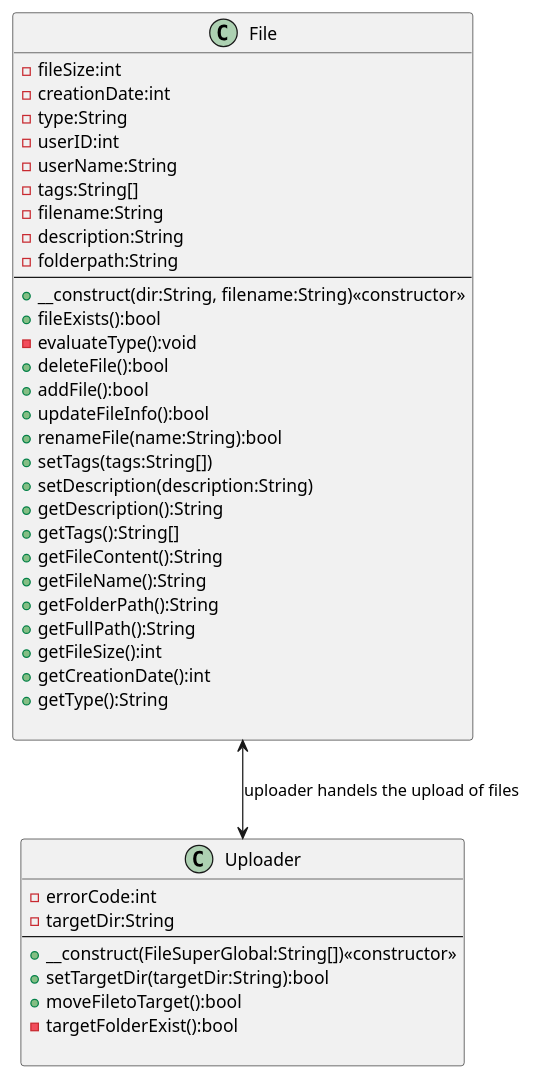
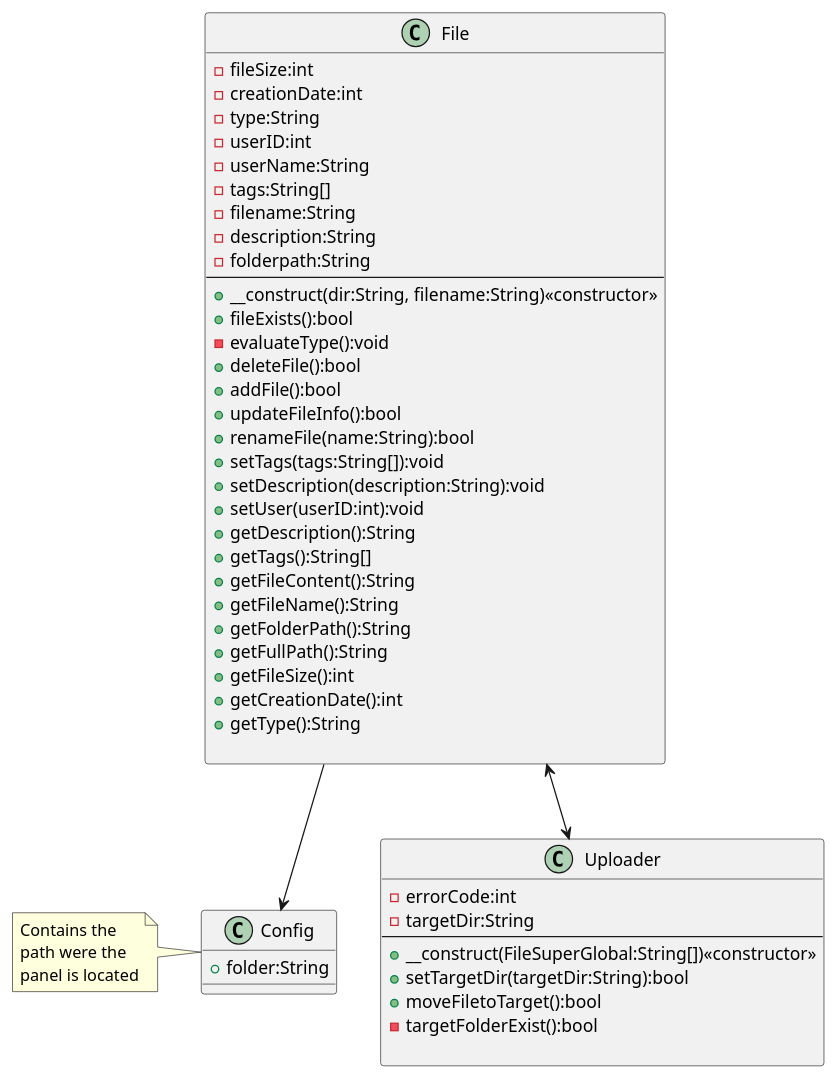
One commit to Maytastico/macaronipanel-development changed the diagram in file.wsd. Above: the diagram before and after it, drawn with PlantUML. The commit also changed 2 other files, not shown here.

```diff
--- a/file.wsd
+++ b/file.wsd
@@ -1,45 +1,57 @@
 @startuml
-    File <--> Uploader: uploader handels the upload of files
+    File <--> Uploader
+    File --> Config
     class File{
         -fileSize:int
         -creationDate:int
         -type:String
         -userID:int
         -userName:String
         -tags:String[]
         -filename:String
         -description:String
         -folderpath:String
         --
         +__construct(dir:String, filename:String)<<constructor>>
         +fileExists():bool
         -evaluateType():void
         +deleteFile():bool
         +addFile():bool
         +updateFileInfo():bool
         +renameFile(name:String):bool
-        +setTags(tags:String[])
-        +setDescription(description:String)
+        +setTags(tags:String[]):void
+        +setDescription(description:String):void
+        +setUser(userID:int):void
         +getDescription():String
         +getTags():String[]
         +getFileContent():String
         +getFileName():String
         +getFolderPath():String
         +getFullPath():String
         +getFileSize():int
         +getCreationDate():int
         +getType():String
         
     }
 
     class Uploader{
         -errorCode:int
         -targetDir:String
         --
         +__construct(FileSuperGlobal:String[])<<constructor>>
         +setTargetDir(targetDir:String):bool
         +moveFiletoTarget():bool
         -targetFolderExist():bool
 
     }
+
+    class Config{
+        +folder:String
+    }
+
+    note left
+        Contains the 
+        path were the 
+        panel is located
+    end note
 @enduml
```
